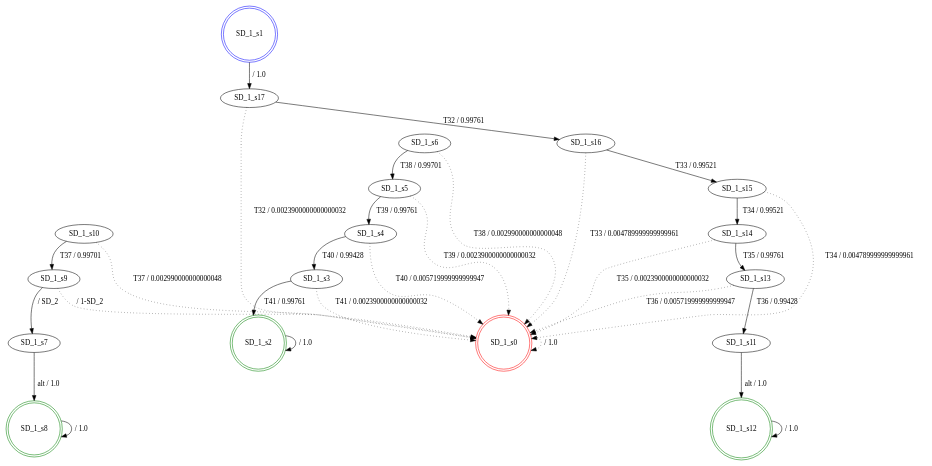
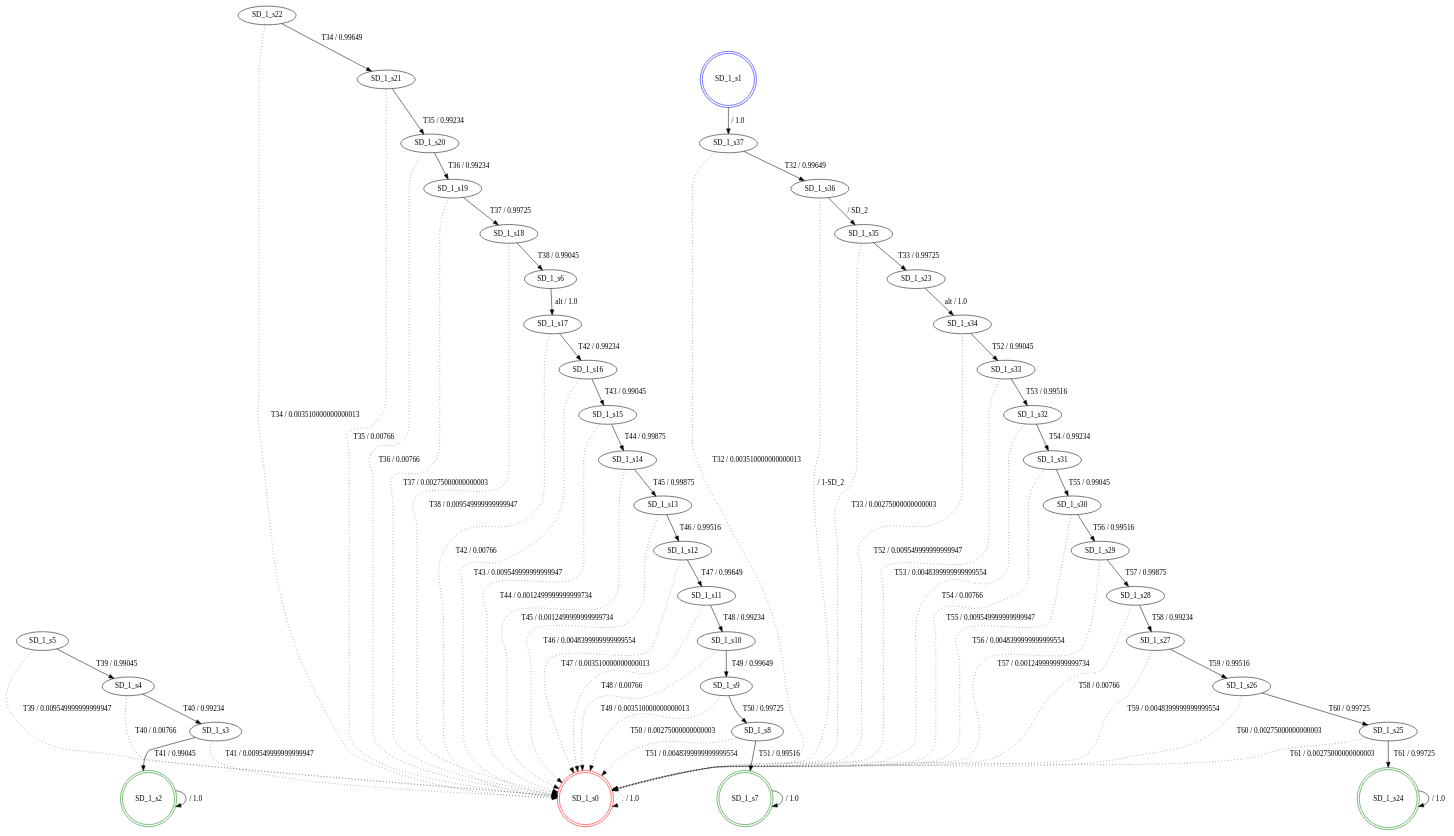
One commit to SPLMC/spl-generator changed the diagram in src/results_joao/fdtmc_SD_1.dot. Above: the diagram before and after it, drawn with Graphviz. The commit also changed 35 other files, not shown here.

```diff
--- a/src/results_joao/fdtmc_SD_1.dot
+++ b/src/results_joao/fdtmc_SD_1.dot
@@ -1,49 +1,109 @@
 digraph graphname {
 SD_1_s0 [label="SD_1_s0",color=red,shape=doublecircle ];
 SD_1_s1 [label="SD_1_s1",color=blue,shape=doublecircle ];
 SD_1_s2 [label="SD_1_s2",color=green,shape=doublecircle ];
 SD_1_s3 [label="SD_1_s3" ];
 SD_1_s4 [label="SD_1_s4" ];
 SD_1_s5 [label="SD_1_s5" ];
 SD_1_s6 [label="SD_1_s6" ];
-SD_1_s7 [label="SD_1_s7" ];
-SD_1_s8 [label="SD_1_s8",color=green,shape=doublecircle ];
+SD_1_s7 [label="SD_1_s7",color=green,shape=doublecircle ];
+SD_1_s8 [label="SD_1_s8" ];
 SD_1_s9 [label="SD_1_s9" ];
 SD_1_s10 [label="SD_1_s10" ];
 SD_1_s11 [label="SD_1_s11" ];
-SD_1_s12 [label="SD_1_s12",color=green,shape=doublecircle ];
+SD_1_s12 [label="SD_1_s12" ];
 SD_1_s13 [label="SD_1_s13" ];
 SD_1_s14 [label="SD_1_s14" ];
 SD_1_s15 [label="SD_1_s15" ];
 SD_1_s16 [label="SD_1_s16" ];
 SD_1_s17 [label="SD_1_s17" ];
+SD_1_s18 [label="SD_1_s18" ];
+SD_1_s19 [label="SD_1_s19" ];
+SD_1_s20 [label="SD_1_s20" ];
+SD_1_s21 [label="SD_1_s21" ];
+SD_1_s22 [label="SD_1_s22" ];
+SD_1_s23 [label="SD_1_s23" ];
+SD_1_s24 [label="SD_1_s24",color=green,shape=doublecircle ];
+SD_1_s25 [label="SD_1_s25" ];
+SD_1_s26 [label="SD_1_s26" ];
+SD_1_s27 [label="SD_1_s27" ];
+SD_1_s28 [label="SD_1_s28" ];
+SD_1_s29 [label="SD_1_s29" ];
+SD_1_s30 [label="SD_1_s30" ];
+SD_1_s31 [label="SD_1_s31" ];
+SD_1_s32 [label="SD_1_s32" ];
+SD_1_s33 [label="SD_1_s33" ];
+SD_1_s34 [label="SD_1_s34" ];
+SD_1_s35 [label="SD_1_s35" ];
+SD_1_s36 [label="SD_1_s36" ];
+SD_1_s37 [label="SD_1_s37" ];
 SD_1_s0 -> SD_1_s0 [label=" / 1.0", style=dotted];
-SD_1_s1 -> SD_1_s17 [label=" / 1.0"];
+SD_1_s1 -> SD_1_s37 [label=" / 1.0"];
 SD_1_s2 -> SD_1_s2 [label=" / 1.0"];
-SD_1_s3 -> SD_1_s2 [label="T41 / 0.99761"];
-SD_1_s3 -> SD_1_s0 [label="T41 / 0.0023900000000000032", style=dotted];
-SD_1_s4 -> SD_1_s3 [label="T40 / 0.99428"];
-SD_1_s4 -> SD_1_s0 [label="T40 / 0.005719999999999947", style=dotted];
-SD_1_s5 -> SD_1_s4 [label="T39 / 0.99761"];
-SD_1_s5 -> SD_1_s0 [label="T39 / 0.0023900000000000032", style=dotted];
-SD_1_s6 -> SD_1_s5 [label="T38 / 0.99701"];
-SD_1_s6 -> SD_1_s0 [label="T38 / 0.002990000000000048", style=dotted];
-SD_1_s7 -> SD_1_s8 [label="alt / 1.0"];
-SD_1_s8 -> SD_1_s8 [label=" / 1.0"];
-SD_1_s9 -> SD_1_s7 [label=" / SD_2"];
-SD_1_s9 -> SD_1_s0 [label=" / 1-SD_2", style=dotted];
-SD_1_s10 -> SD_1_s9 [label="T37 / 0.99701"];
-SD_1_s10 -> SD_1_s0 [label="T37 / 0.002990000000000048", style=dotted];
-SD_1_s11 -> SD_1_s12 [label="alt / 1.0"];
-SD_1_s12 -> SD_1_s12 [label=" / 1.0"];
-SD_1_s13 -> SD_1_s11 [label="T36 / 0.99428"];
-SD_1_s13 -> SD_1_s0 [label="T36 / 0.005719999999999947", style=dotted];
-SD_1_s14 -> SD_1_s13 [label="T35 / 0.99761"];
-SD_1_s14 -> SD_1_s0 [label="T35 / 0.0023900000000000032", style=dotted];
-SD_1_s15 -> SD_1_s14 [label="T34 / 0.99521"];
-SD_1_s15 -> SD_1_s0 [label="T34 / 0.004789999999999961", style=dotted];
-SD_1_s16 -> SD_1_s15 [label="T33 / 0.99521"];
-SD_1_s16 -> SD_1_s0 [label="T33 / 0.004789999999999961", style=dotted];
-SD_1_s17 -> SD_1_s16 [label="T32 / 0.99761"];
-SD_1_s17 -> SD_1_s0 [label="T32 / 0.0023900000000000032", style=dotted];
+SD_1_s3 -> SD_1_s2 [label="T41 / 0.99045"];
+SD_1_s3 -> SD_1_s0 [label="T41 / 0.009549999999999947", style=dotted];
+SD_1_s4 -> SD_1_s3 [label="T40 / 0.99234"];
+SD_1_s4 -> SD_1_s0 [label="T40 / 0.00766", style=dotted];
+SD_1_s5 -> SD_1_s4 [label="T39 / 0.99045"];
+SD_1_s5 -> SD_1_s0 [label="T39 / 0.009549999999999947", style=dotted];
+SD_1_s6 -> SD_1_s17 [label="alt / 1.0"];
+SD_1_s7 -> SD_1_s7 [label=" / 1.0"];
+SD_1_s8 -> SD_1_s7 [label="T51 / 0.99516"];
+SD_1_s8 -> SD_1_s0 [label="T51 / 0.0048399999999999554", style=dotted];
+SD_1_s9 -> SD_1_s8 [label="T50 / 0.99725"];
+SD_1_s9 -> SD_1_s0 [label="T50 / 0.00275000000000003", style=dotted];
+SD_1_s10 -> SD_1_s9 [label="T49 / 0.99649"];
+SD_1_s10 -> SD_1_s0 [label="T49 / 0.003510000000000013", style=dotted];
+SD_1_s11 -> SD_1_s10 [label="T48 / 0.99234"];
+SD_1_s11 -> SD_1_s0 [label="T48 / 0.00766", style=dotted];
+SD_1_s12 -> SD_1_s11 [label="T47 / 0.99649"];
+SD_1_s12 -> SD_1_s0 [label="T47 / 0.003510000000000013", style=dotted];
+SD_1_s13 -> SD_1_s12 [label="T46 / 0.99516"];
+SD_1_s13 -> SD_1_s0 [label="T46 / 0.0048399999999999554", style=dotted];
+SD_1_s14 -> SD_1_s13 [label="T45 / 0.99875"];
+SD_1_s14 -> SD_1_s0 [label="T45 / 0.0012499999999999734", style=dotted];
+SD_1_s15 -> SD_1_s14 [label="T44 / 0.99875"];
+SD_1_s15 -> SD_1_s0 [label="T44 / 0.0012499999999999734", style=dotted];
+SD_1_s16 -> SD_1_s15 [label="T43 / 0.99045"];
+SD_1_s16 -> SD_1_s0 [label="T43 / 0.009549999999999947", style=dotted];
+SD_1_s17 -> SD_1_s16 [label="T42 / 0.99234"];
+SD_1_s17 -> SD_1_s0 [label="T42 / 0.00766", style=dotted];
+SD_1_s18 -> SD_1_s6 [label="T38 / 0.99045"];
+SD_1_s18 -> SD_1_s0 [label="T38 / 0.009549999999999947", style=dotted];
+SD_1_s19 -> SD_1_s18 [label="T37 / 0.99725"];
+SD_1_s19 -> SD_1_s0 [label="T37 / 0.00275000000000003", style=dotted];
+SD_1_s20 -> SD_1_s19 [label="T36 / 0.99234"];
+SD_1_s20 -> SD_1_s0 [label="T36 / 0.00766", style=dotted];
+SD_1_s21 -> SD_1_s20 [label="T35 / 0.99234"];
+SD_1_s21 -> SD_1_s0 [label="T35 / 0.00766", style=dotted];
+SD_1_s22 -> SD_1_s21 [label="T34 / 0.99649"];
+SD_1_s22 -> SD_1_s0 [label="T34 / 0.003510000000000013", style=dotted];
+SD_1_s23 -> SD_1_s34 [label="alt / 1.0"];
+SD_1_s24 -> SD_1_s24 [label=" / 1.0"];
+SD_1_s25 -> SD_1_s24 [label="T61 / 0.99725"];
+SD_1_s25 -> SD_1_s0 [label="T61 / 0.00275000000000003", style=dotted];
+SD_1_s26 -> SD_1_s25 [label="T60 / 0.99725"];
+SD_1_s26 -> SD_1_s0 [label="T60 / 0.00275000000000003", style=dotted];
+SD_1_s27 -> SD_1_s26 [label="T59 / 0.99516"];
+SD_1_s27 -> SD_1_s0 [label="T59 / 0.0048399999999999554", style=dotted];
+SD_1_s28 -> SD_1_s27 [label="T58 / 0.99234"];
+SD_1_s28 -> SD_1_s0 [label="T58 / 0.00766", style=dotted];
+SD_1_s29 -> SD_1_s28 [label="T57 / 0.99875"];
+SD_1_s29 -> SD_1_s0 [label="T57 / 0.0012499999999999734", style=dotted];
+SD_1_s30 -> SD_1_s29 [label="T56 / 0.99516"];
+SD_1_s30 -> SD_1_s0 [label="T56 / 0.0048399999999999554", style=dotted];
+SD_1_s31 -> SD_1_s30 [label="T55 / 0.99045"];
+SD_1_s31 -> SD_1_s0 [label="T55 / 0.009549999999999947", style=dotted];
+SD_1_s32 -> SD_1_s31 [label="T54 / 0.99234"];
+SD_1_s32 -> SD_1_s0 [label="T54 / 0.00766", style=dotted];
+SD_1_s33 -> SD_1_s32 [label="T53 / 0.99516"];
+SD_1_s33 -> SD_1_s0 [label="T53 / 0.0048399999999999554", style=dotted];
+SD_1_s34 -> SD_1_s33 [label="T52 / 0.99045"];
+SD_1_s34 -> SD_1_s0 [label="T52 / 0.009549999999999947", style=dotted];
+SD_1_s35 -> SD_1_s23 [label="T33 / 0.99725"];
+SD_1_s35 -> SD_1_s0 [label="T33 / 0.00275000000000003", style=dotted];
+SD_1_s36 -> SD_1_s35 [label=" / SD_2"];
+SD_1_s36 -> SD_1_s0 [label=" / 1-SD_2", style=dotted];
+SD_1_s37 -> SD_1_s36 [label="T32 / 0.99649"];
+SD_1_s37 -> SD_1_s0 [label="T32 / 0.003510000000000013", style=dotted];
 }
```
